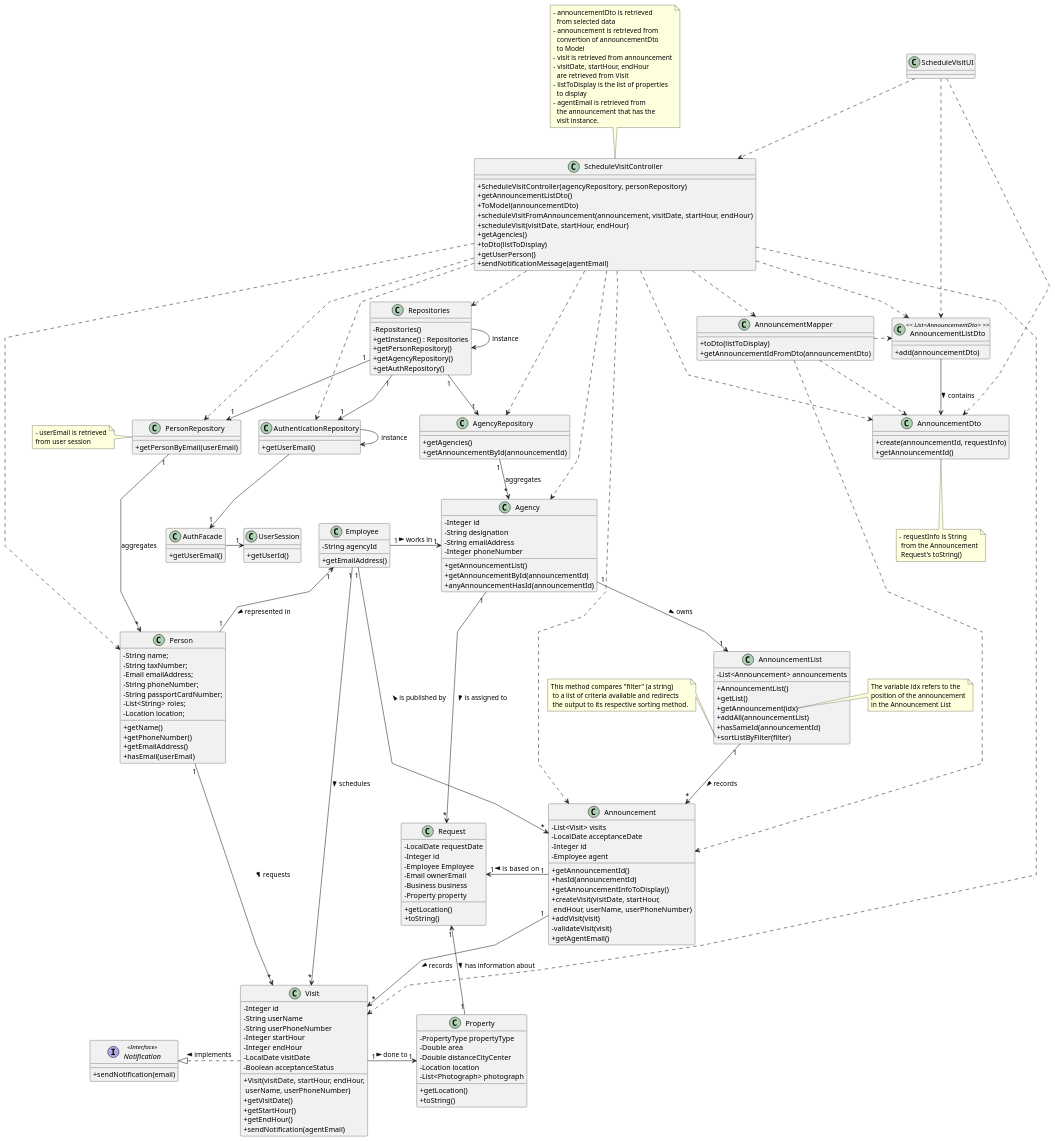
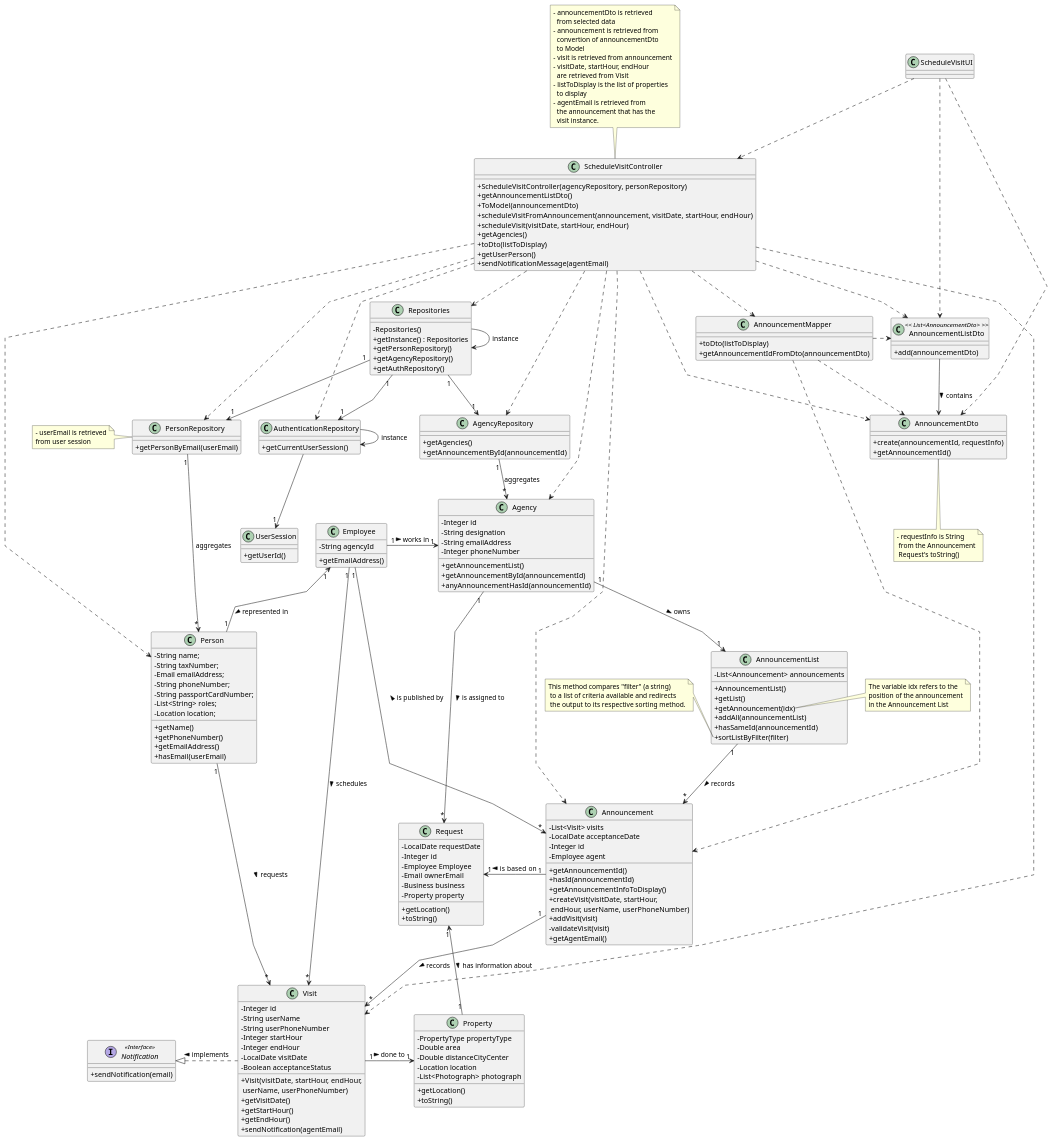
The diagram in docs/sprintC/us009/03.design/puml/us009-class-diagram.puml (rita-barbosa/LAPR2-2223), drawn with PlantUML before and after one commit.

Commit message:
Class Diagram update [US009] [Design]

```diff
--- a/docs/sprintC/us009/03.design/puml/us009-class-diagram.puml
+++ b/docs/sprintC/us009/03.design/puml/us009-class-diagram.puml
@@ -11,12 +11,7 @@
 
 class AuthenticationRepository
 {
-    + getUserEmail()
-}
-
-class AuthFacade
-{
-    + getUserEmail()
+    + getCurrentUserSession()
 }
 
 class UserSession
@@ -219,9 +214,7 @@
 
 AuthenticationRepository -> AuthenticationRepository : instance
 
-AuthenticationRepository --> "1" AuthFacade
-
-AuthFacade -right-> "1" UserSession
+AuthenticationRepository --> "1" UserSession
 
 ScheduleVisitController ..> AuthenticationRepository
 
```
